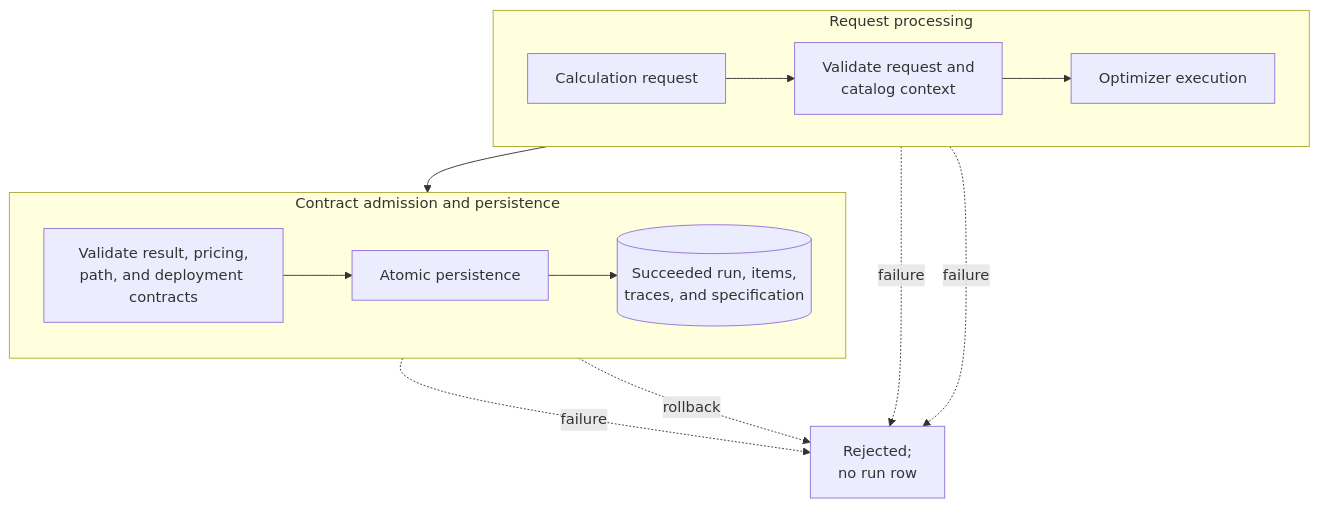
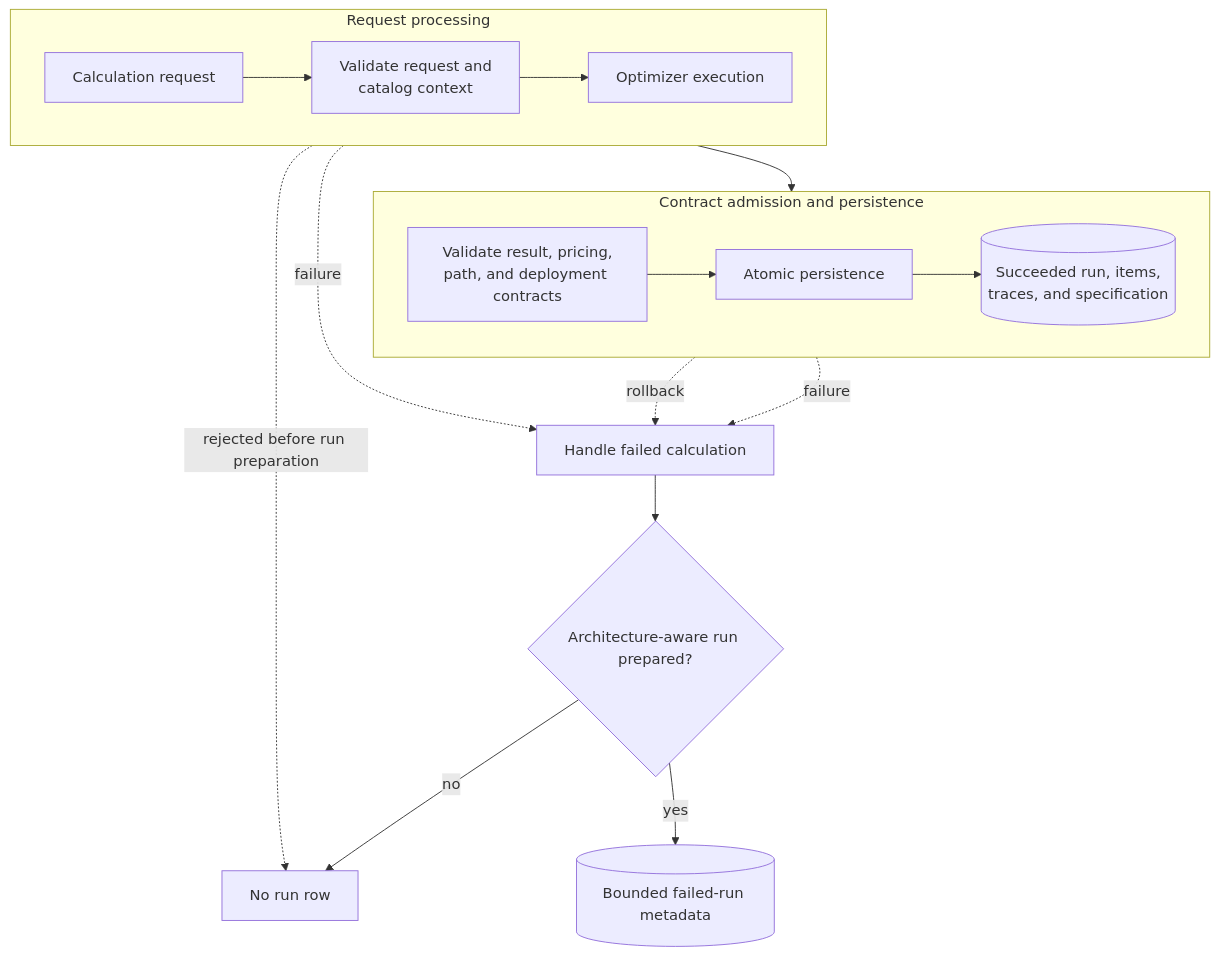
Before and after one commit to TVJunkie724/master-thesis: the second of 4 diagrams in docs-site/docs/contracts-and-data-flow/state-ownership.md, drawn with Mermaid. The commit also changed other lines of this file and 36 other files, not shown here.

````diff
--- a/docs-site/docs/contracts-and-data-flow/state-ownership.md
+++ b/docs-site/docs/contracts-and-data-flow/state-ownership.md
@@ -67,19 +67,22 @@
 ```mermaid
 flowchart TD
     subgraph Processing["Request processing"]
         direction LR
         Request["Calculation request"] --> Validate["Validate request and<br/>catalog context"]
         Validate --> Execute["Optimizer execution"]
     end
     subgraph Admission["Contract admission and persistence"]
         direction LR
         Contracts["Validate result, pricing,<br/>path, and deployment contracts"]
         Contracts --> Commit["Atomic persistence"]
         Commit --> Succeeded[("Succeeded run, items,<br/>traces, and specification")]
     end
     Execute --> Contracts
-    Validate -. "failure" .-> Rejected["Rejected;<br/>no run row"]
-    Execute -. "failure" .-> Rejected
-    Contracts -. "failure" .-> Rejected
-    Commit -. "rollback" .-> Rejected
+    Validate -. "rejected before run preparation" .-> Rejected["No run row"]
+    Execute -. "failure" .-> Failure["Handle failed calculation"]
+    Contracts -. "failure" .-> Failure
+    Commit -. "rollback" .-> Failure
+    Failure --> Mode{"Architecture-aware run prepared?"}
+    Mode -->|"yes"| Failed[("Bounded failed-run metadata")]
+    Mode -->|"no"| Rejected
 ```
````
